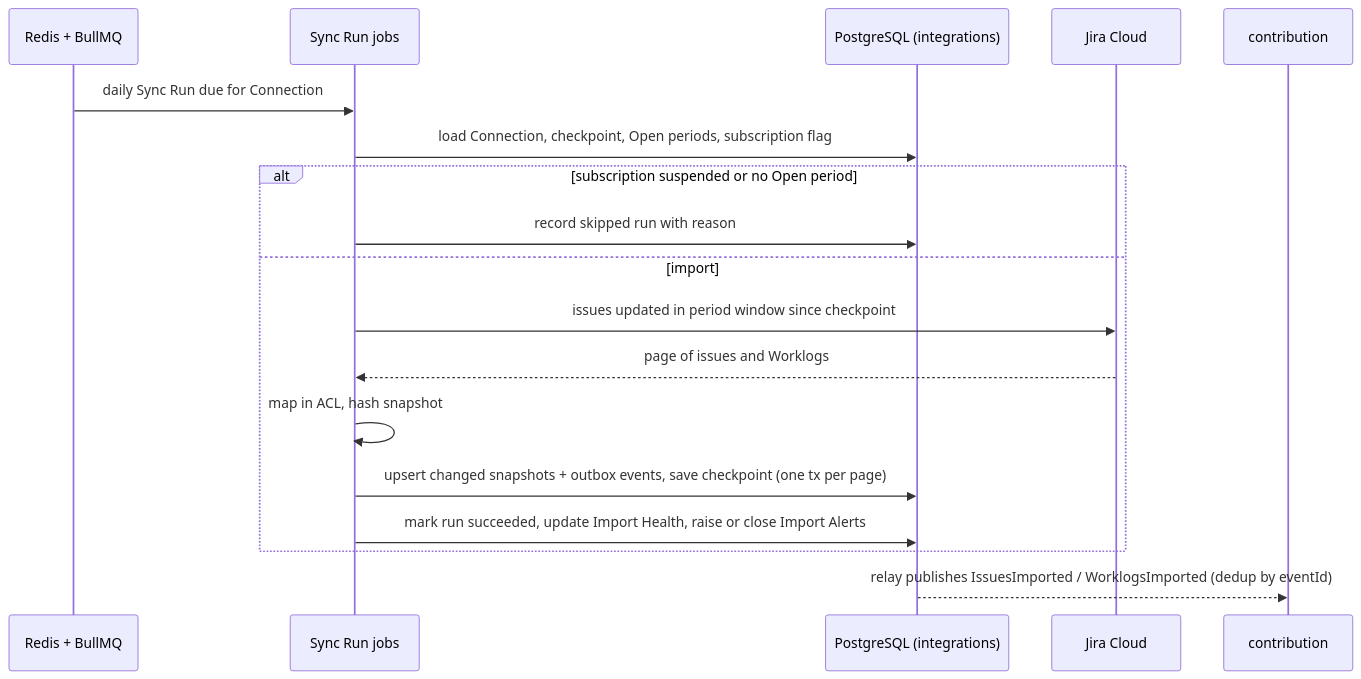
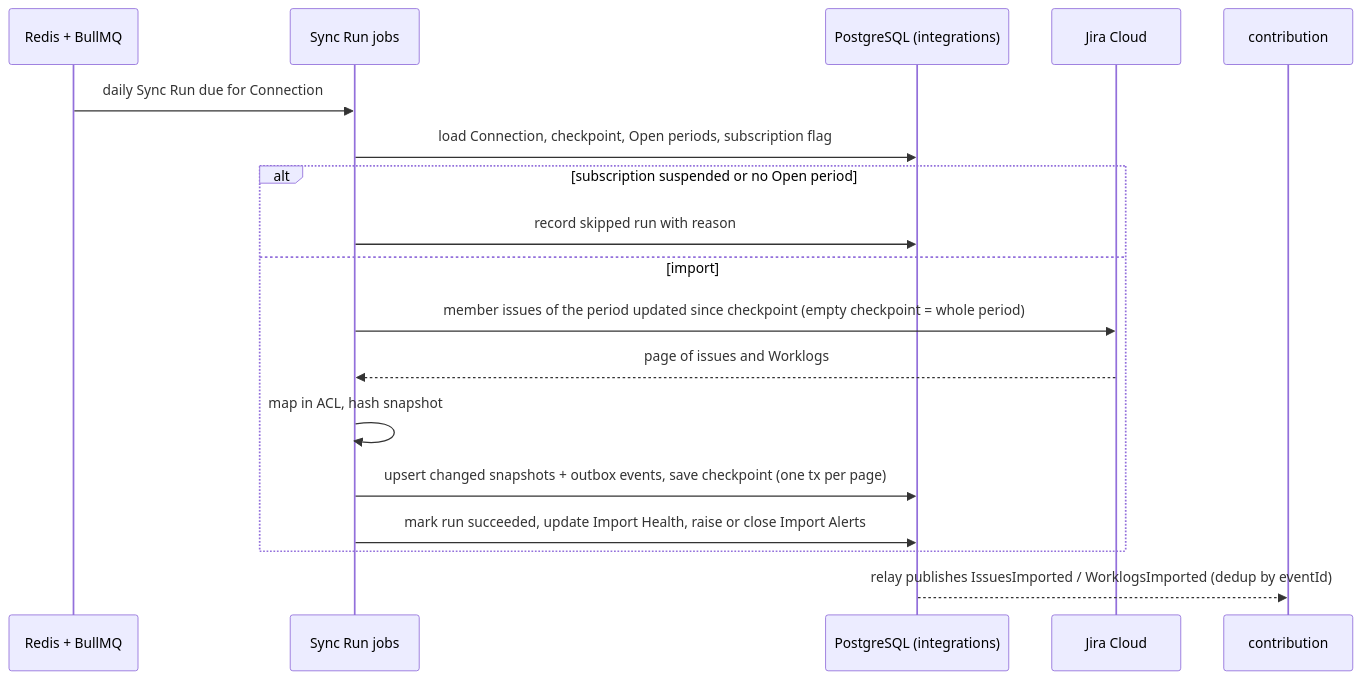
The third of 4 diagrams in docs/features/jira-activity-import/sad.md (denys-mokhrin/module-04-bonus-ledger), drawn with Mermaid before and after one commit. The commit also changed other lines of this file and 7 other files, not shown here.

````diff
--- a/docs/features/jira-activity-import/sad.md
+++ b/docs/features/jira-activity-import/sad.md
@@ -180,20 +180,20 @@
 ```mermaid
 sequenceDiagram
     participant Q as Redis + BullMQ
     participant S as Sync Run jobs
     participant DB as PostgreSQL (integrations)
     participant J as Jira Cloud
     participant C as contribution
     Q->>S: daily Sync Run due for Connection
     S->>DB: load Connection, checkpoint, Open periods, subscription flag
     alt subscription suspended or no Open period
         S->>DB: record skipped run with reason
     else import
-        S->>J: issues updated in period window since checkpoint
+        S->>J: member issues of the period updated since checkpoint (empty checkpoint = whole period)
         J-->>S: page of issues and Worklogs
         S->>S: map in ACL, hash snapshot
         S->>DB: upsert changed snapshots + outbox events, save checkpoint (one tx per page)
         S->>DB: mark run succeeded, update Import Health, raise or close Import Alerts
     end
     DB-->>C: relay publishes IssuesImported / WorklogsImported (dedup by eventId)
 ```
````
